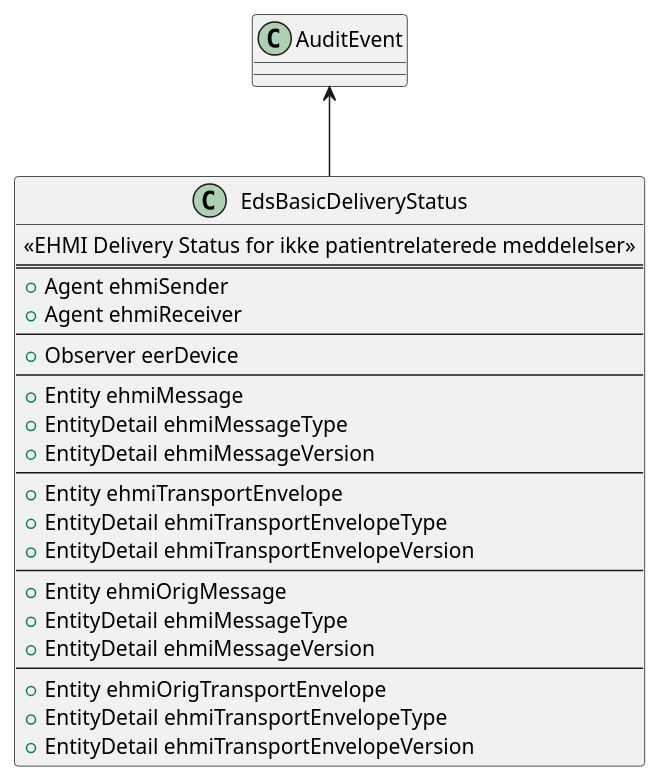
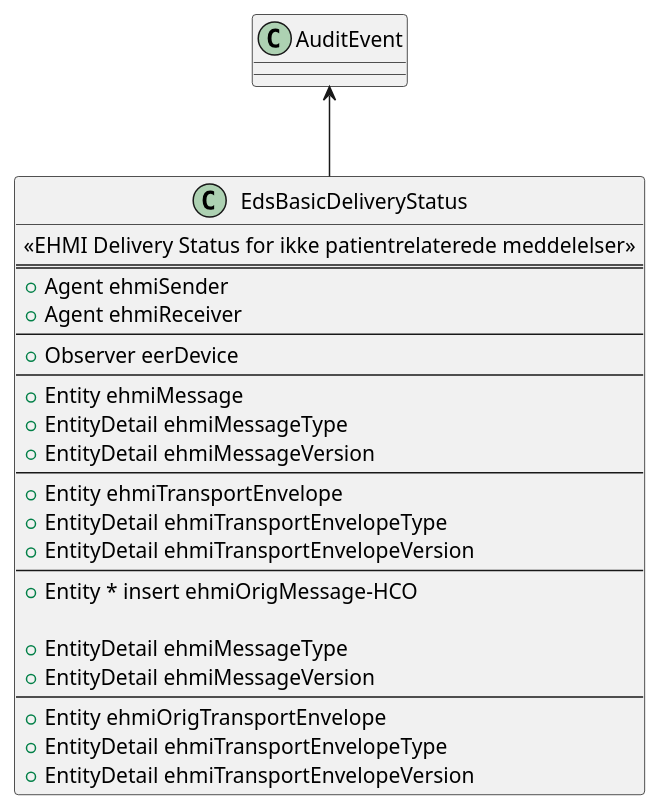
Before and after one commit to medcomdk/dk-ehmi-eds: the diagram in input/image-sources/EdsBasicDeliveryStatus_classdiagram.plantuml, drawn with PlantUML. The commit also changed 35 other files, not shown here.

```diff
--- a/input/image-sources/EdsBasicDeliveryStatus_classdiagram.plantuml
+++ b/input/image-sources/EdsBasicDeliveryStatus_classdiagram.plantuml
@@ -1,30 +1,31 @@
 @startuml
 
 class EdsBasicDeliveryStatus {
 <<EHMI Delivery Status for ikke patientrelaterede meddelelser>>
 ===
     + Agent ehmiSender
     + Agent ehmiReceiver
 ---
     + Observer eerDevice
 ---
     + Entity ehmiMessage
         + EntityDetail ehmiMessageType
         + EntityDetail ehmiMessageVersion
 ---
     + Entity ehmiTransportEnvelope
         + EntityDetail ehmiTransportEnvelopeType
         + EntityDetail ehmiTransportEnvelopeVersion
 ---
-    + Entity ehmiOrigMessage
+    + Entity * insert ehmiOrigMessage-HCO
+
         + EntityDetail ehmiMessageType
         + EntityDetail ehmiMessageVersion
 ---
     + Entity ehmiOrigTransportEnvelope
         + EntityDetail ehmiTransportEnvelopeType
         + EntityDetail ehmiTransportEnvelopeVersion
 }
 
 AuditEvent <-- EdsBasicDeliveryStatus
 
 @enduml
```
